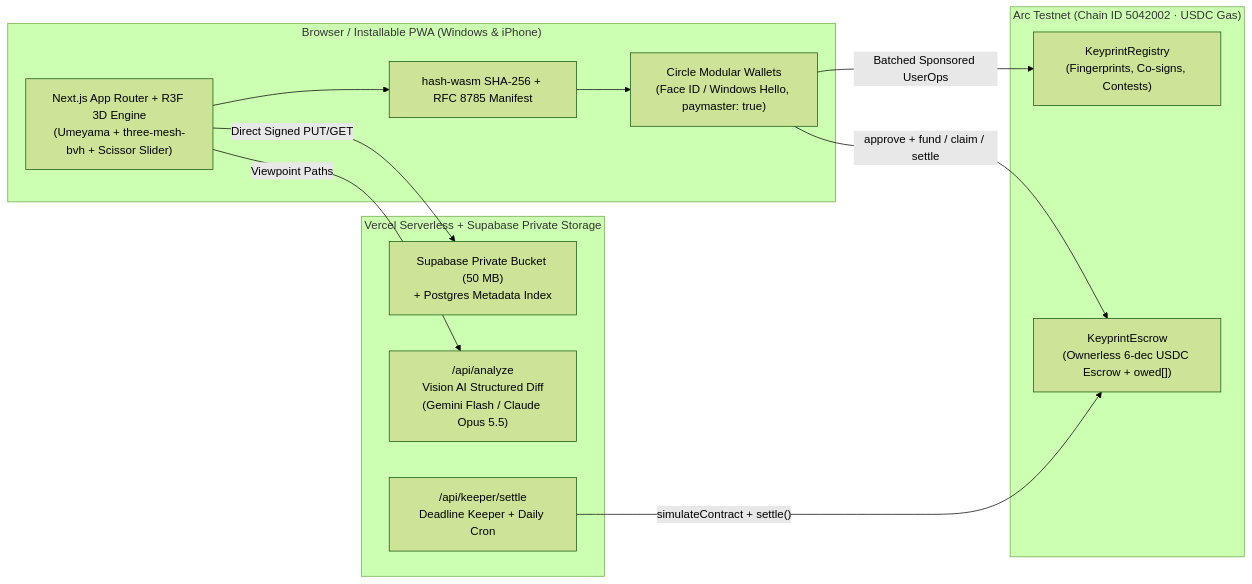
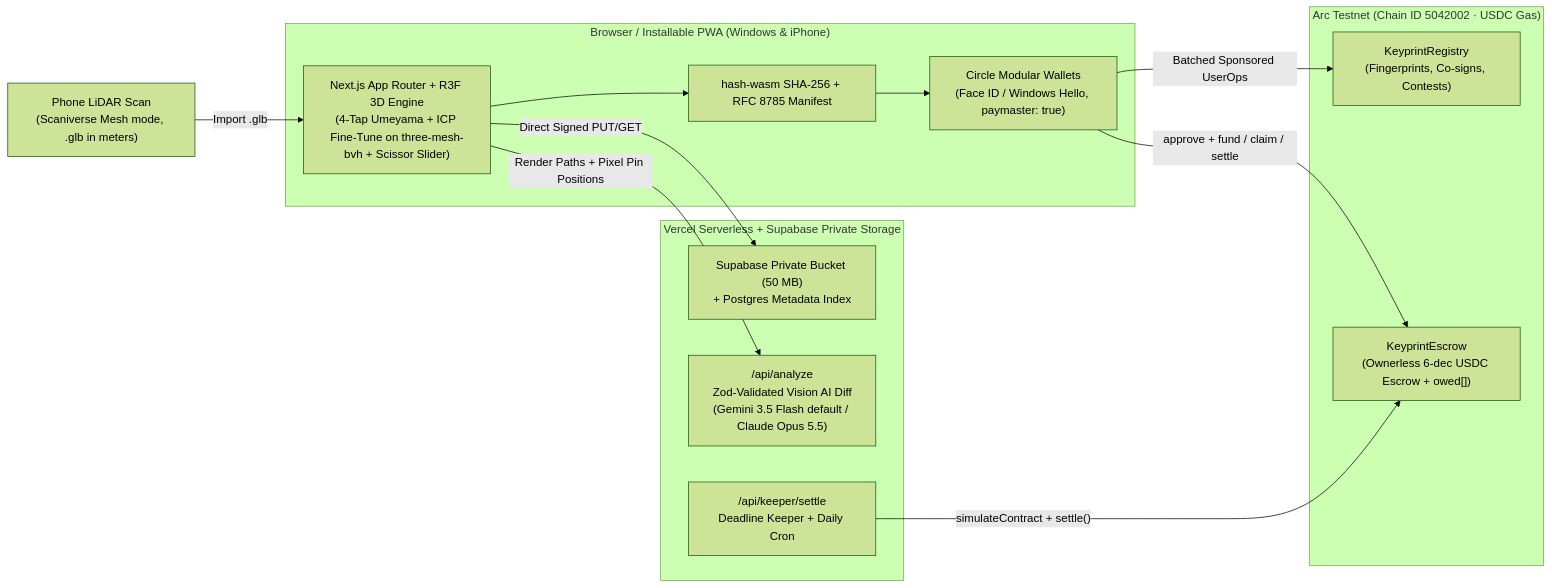
One commit to Surbhu200/keyprint changed the diagram in README.md. Above: the diagram before and after it, drawn with Mermaid (forest theme). The commit also changed other lines of this file and 27 other files, not shown here.

````diff
--- a/README.md
+++ b/README.md
@@ -33,25 +68,29 @@
 ```mermaid
 flowchart LR
+  SCAN["Phone LiDAR Scan\n(Scaniverse Mesh mode, .glb in meters)"]
+
   subgraph Client["Browser / Installable PWA (Windows & iPhone)"]
-    UI["Next.js App Router + R3F 3D Engine\n(Umeyama + three-mesh-bvh + Scissor Slider)"]
+    UI["Next.js App Router + R3F 3D Engine\n(4-Tap Umeyama + ICP Fine-Tune on three-mesh-bvh + Scissor Slider)"]
     HASH["hash-wasm SHA-256 + RFC 8785 Manifest"]
     PASSKEY["Circle Modular Wallets\n(Face ID / Windows Hello, paymaster: true)"]
     UI --> HASH --> PASSKEY
   end
+
+  SCAN -->|"Import .glb"| UI
 
   subgraph Chain["Arc Testnet (Chain ID 5042002 · USDC Gas)"]
     REG["KeyprintRegistry\n(Fingerprints, Co-signs, Contests)"]
     ESC["KeyprintEscrow\n(Ownerless 6-dec USDC Escrow + owed[])"]
     PASSKEY -->|"Batched Sponsored UserOps"| REG
     PASSKEY -->|"approve + fund / claim / settle"| ESC
   end
 
   subgraph Server["Vercel Serverless + Supabase Private Storage"]
     SUPA["Supabase Private Bucket (50 MB)\n+ Postgres Metadata Index"]
-    CLAUDE["/api/analyze\nVision AI Structured Diff\n(Gemini Flash / Claude Opus 5.5)"]
+    AI["/api/analyze\nZod-Validated Vision AI Diff\n(Gemini 3.5 Flash default / Claude Opus 5.5)"]
     KEEPER["/api/keeper/settle\nDeadline Keeper + Daily Cron"]
     UI -->|"Direct Signed PUT/GET"| SUPA
-    UI -->|"Viewpoint Paths"| CLAUDE
+    UI -->|"Render Paths + Pixel Pin Positions"| AI
     KEEPER -->|"simulateContract + settle()"| ESC
   end
 ```
````
